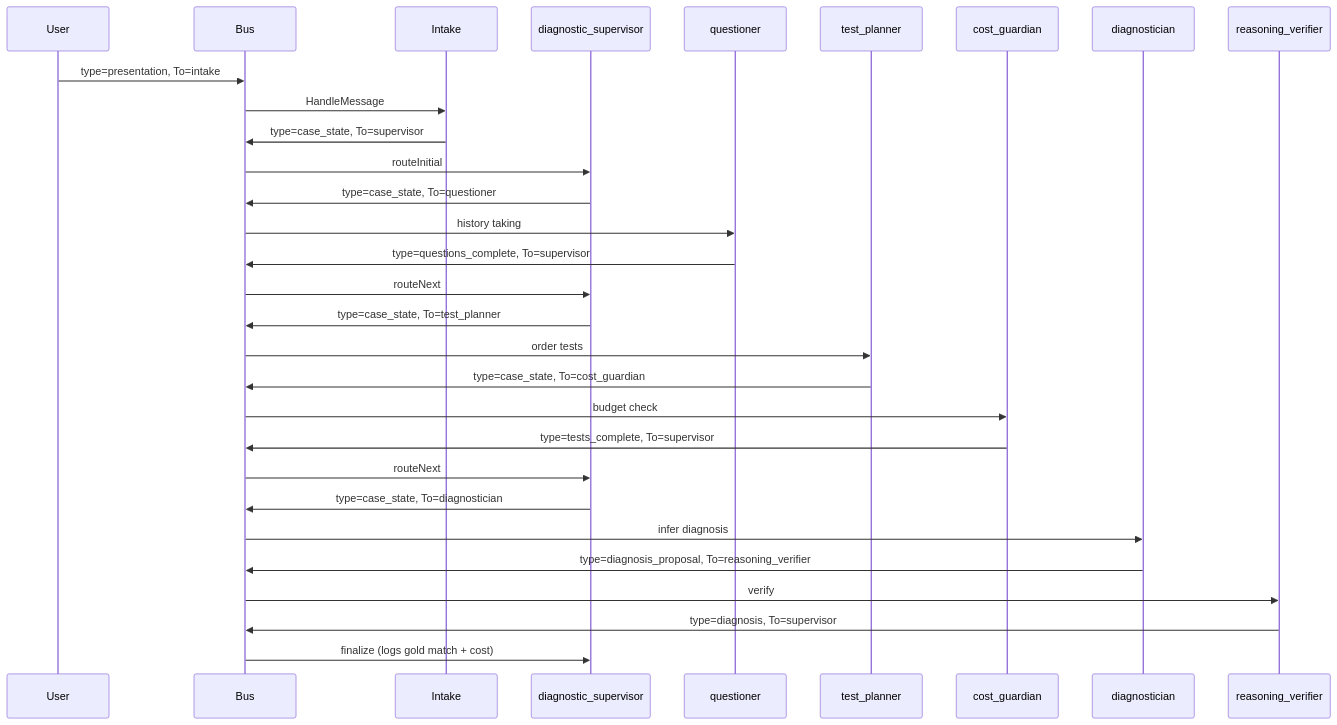
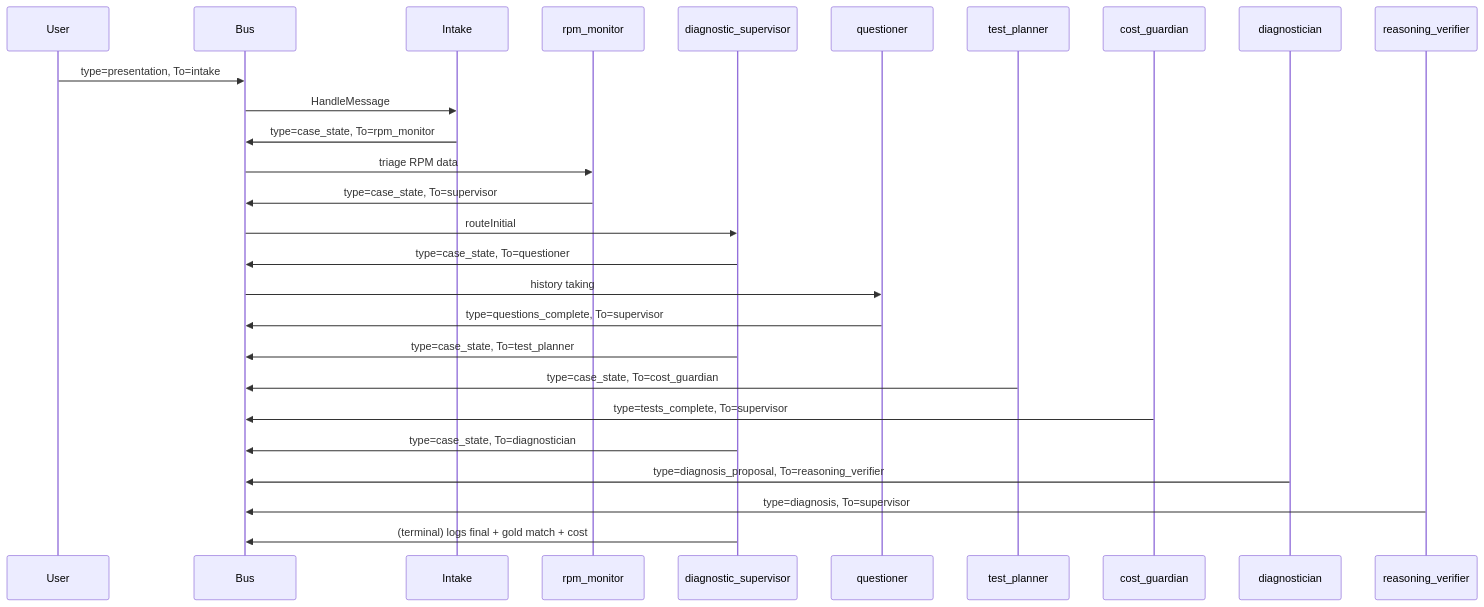
The first of 2 diagrams in README.md (PratikDhanave/bodhyanga), drawn with Mermaid before and after one commit. The commit also changed other lines of this file and 30 other files, not shown here.

````diff
--- a/README.md
+++ b/README.md
@@ -328,33 +426,30 @@
 ```mermaid
 sequenceDiagram
     participant User
     participant Bus
     participant Intake
+    participant RPM as rpm_monitor
     participant Sup as diagnostic_supervisor
     participant Q as questioner
     participant T as test_planner
     participant C as cost_guardian
     participant D as diagnostician
     participant V as reasoning_verifier
 
     User->>Bus: type=presentation, To=intake
     Bus->>Intake: HandleMessage
-    Intake->>Bus: type=case_state, To=supervisor
+    Intake->>Bus: type=case_state, To=rpm_monitor
+    Bus->>RPM: triage RPM data
+    RPM->>Bus: type=case_state, To=supervisor
     Bus->>Sup: routeInitial
     Sup->>Bus: type=case_state, To=questioner
     Bus->>Q: history taking
     Q->>Bus: type=questions_complete, To=supervisor
-    Bus->>Sup: routeNext
     Sup->>Bus: type=case_state, To=test_planner
-    Bus->>T: order tests
     T->>Bus: type=case_state, To=cost_guardian
-    Bus->>C: budget check
     C->>Bus: type=tests_complete, To=supervisor
-    Bus->>Sup: routeNext
     Sup->>Bus: type=case_state, To=diagnostician
-    Bus->>D: infer diagnosis
     D->>Bus: type=diagnosis_proposal, To=reasoning_verifier
-    Bus->>V: verify
     V->>Bus: type=diagnosis, To=supervisor
-    Bus->>Sup: finalize (logs gold match + cost)
+    Sup->>Bus: (terminal) logs final + gold match + cost
 ```
````
